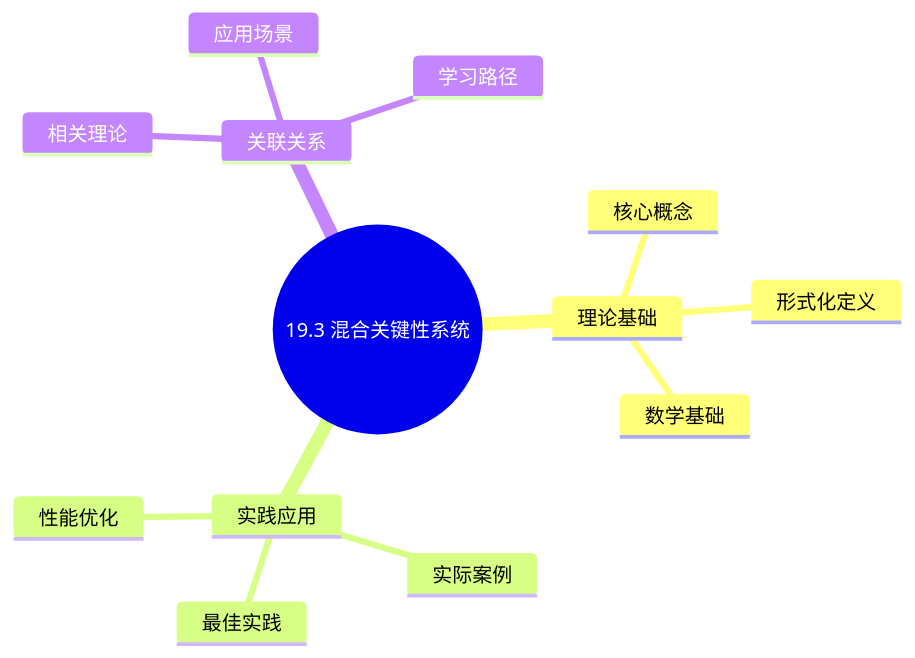
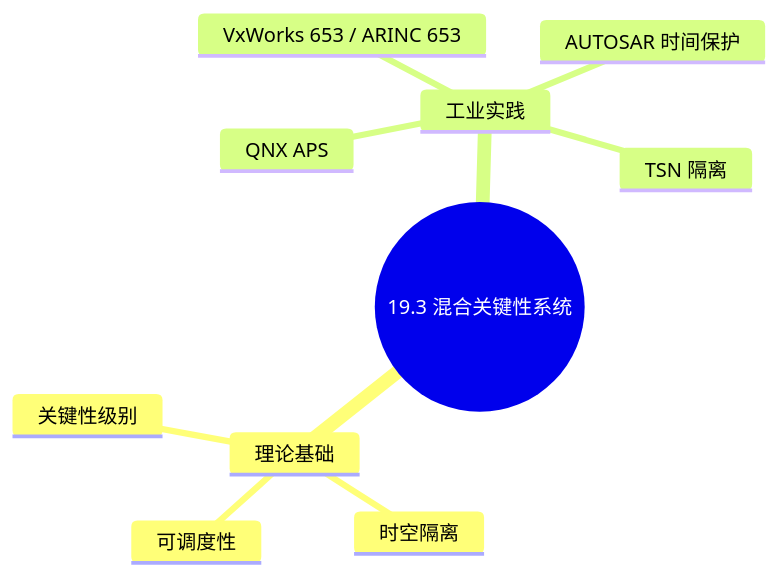
One commit to AdaMartin18010/FormalScience changed the first of 2 diagrams in Composed/schedule_formal_view/19_实时系统调度/19.3_混合关键性系统.md. Above: the diagram before and after it, drawn with Mermaid. The commit also changed other lines of this file and 565 other files, not shown here.

````diff
--- a/Composed/schedule_formal_view/19_实时系统调度/19.3_混合关键性系统.md
+++ b/Composed/schedule_formal_view/19_实时系统调度/19.3_混合关键性系统.md
@@ -30,16 +8,13 @@
 ```mermaid
 mindmap
   root((19.3 混合关键性系统))
     理论基础
-      核心概念
-      形式化定义
-      数学基础
-    实践应用
-      实际案例
-      最佳实践
-      性能优化
-    关联关系
-      相关理论
-      应用场景
-      学习路径
+      关键性级别
+      时空隔离
+      可调度性
+    工业实践
+      VxWorks 653 / ARINC 653
+      QNX APS
+      AUTOSAR 时间保护
+      TSN 隔离
 ```
````
